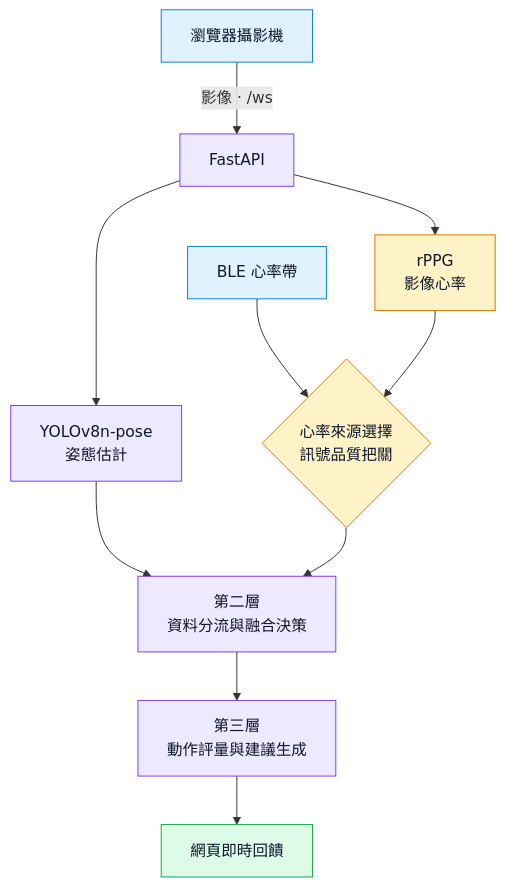
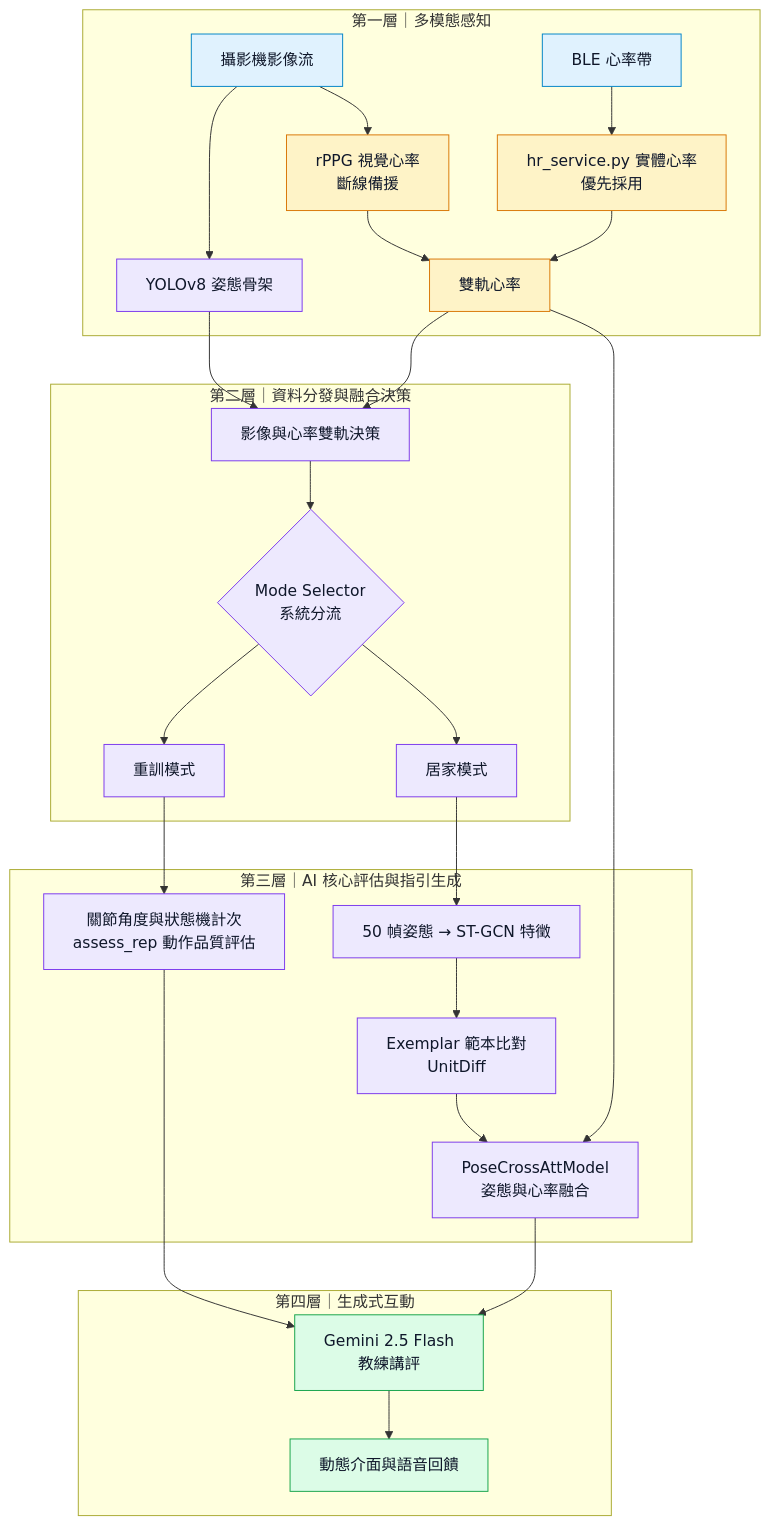
Before and after one commit to ghjkl563563-stack/ai-fitness-coach: the diagram in README.md, drawn with Mermaid. The commit also changed other lines of this file, not shown here.

Commit message:
Align architecture diagram with AegisFit proposal

````diff
--- a/README.md
+++ b/README.md
@@ -27,21 +27,42 @@
 ```mermaid
 flowchart TB
-    camera["瀏覽器攝影機"] -->|影像 · /ws| api["FastAPI"]
-    api --> pose["YOLOv8n-pose<br/>姿態估計"]
-    api --> rppg["rPPG<br/>影像心率"]
-    ble["BLE 心率帶"] --> hr{"心率來源選擇<br/>訊號品質把關"}
-    rppg --> hr
-    pose --> routing["第二層<br/>資料分流與融合決策"]
-    hr --> routing
-    routing --> coach["第三層<br/>動作評量與建議生成"]
-    coach --> ui["網頁即時回饋"]
+    subgraph L1["第一層｜多模態感知"]
+        camera["攝影機影像流"] --> pose["YOLOv8 姿態骨架"]
+        camera --> rppg["rPPG 視覺心率<br/>斷線備援"]
+        ble["BLE 心率帶"] --> physical["hr_service.py 實體心率<br/>優先採用"]
+        physical --> heart["雙軌心率"]
+        rppg --> heart
+    end
+
+    subgraph L2["第二層｜資料分發與融合決策"]
+        dual["影像與心率雙軌決策"] --> mode{"Mode Selector<br/>系統分流"}
+        mode --> strength["重訓模式"]
+        mode --> home["居家模式"]
+    end
+    pose --> dual
+    heart --> dual
+
+    subgraph L3["第三層｜AI 核心評估與指引生成"]
+        rep["關節角度與狀態機計次<br/>assess_rep 動作品質評估"]
+        stgcn["50 幀姿態 → ST-GCN 特徵"] --> exemplar["Exemplar 範本比對<br/>UnitDiff"]
+        exemplar --> fusion["PoseCrossAttModel<br/>姿態與心率融合"]
+    end
+    strength --> rep
+    home --> stgcn
+    heart --> fusion
+
+    subgraph L4["第四層｜生成式互動"]
+        gemini["Gemini 2.5 Flash<br/>教練講評"] --> ui["動態介面與語音回饋"]
+    end
+    rep --> gemini
+    fusion --> gemini
 
     classDef input fill:#E0F2FE,stroke:#0284C7,color:#0F172A
     classDef sensing fill:#FEF3C7,stroke:#D97706,color:#0F172A
-    classDef core fill:#EDE9FE,stroke:#7C3AED,color:#0F172A
-    classDef output fill:#DCFCE7,stroke:#16A34A,color:#0F172A
+    classDef decision fill:#EDE9FE,stroke:#7C3AED,color:#0F172A
+    classDef result fill:#DCFCE7,stroke:#16A34A,color:#0F172A
     class camera,ble input
-    class rppg,hr sensing
-    class api,pose,routing,coach core
-    class ui output
+    class rppg,physical,heart sensing
+    class pose,dual,mode,strength,home,rep,stgcn,exemplar,fusion decision
+    class gemini,ui result
 ```
````
